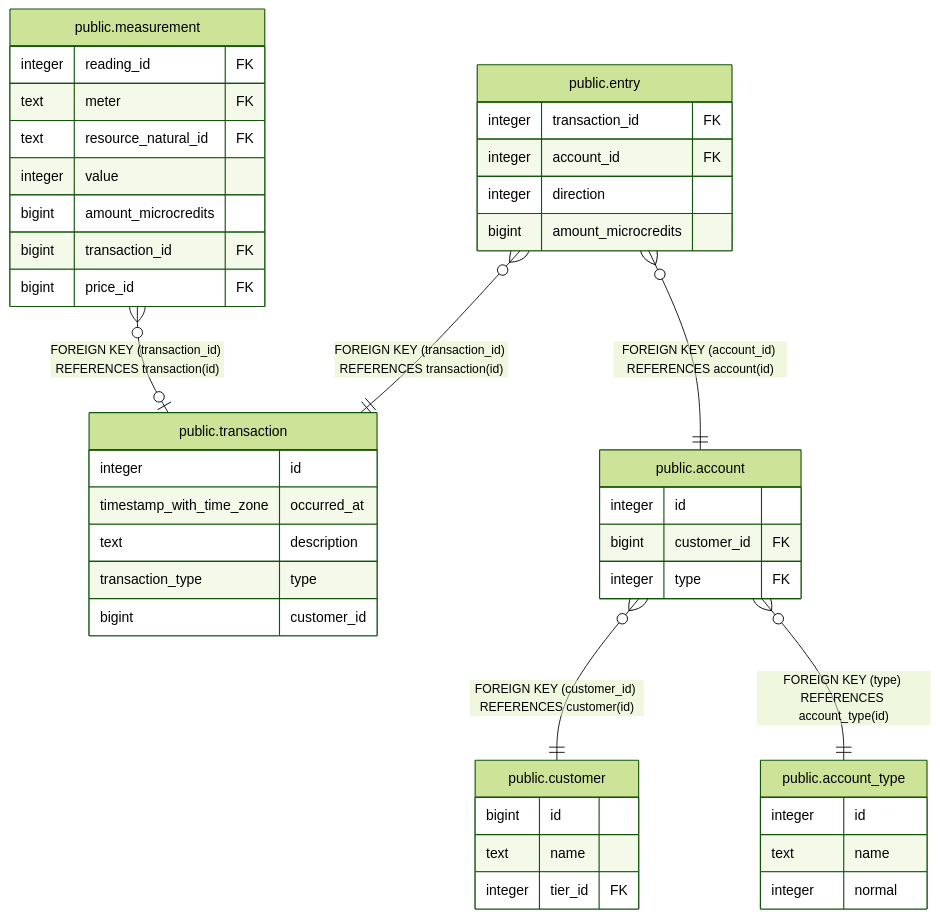
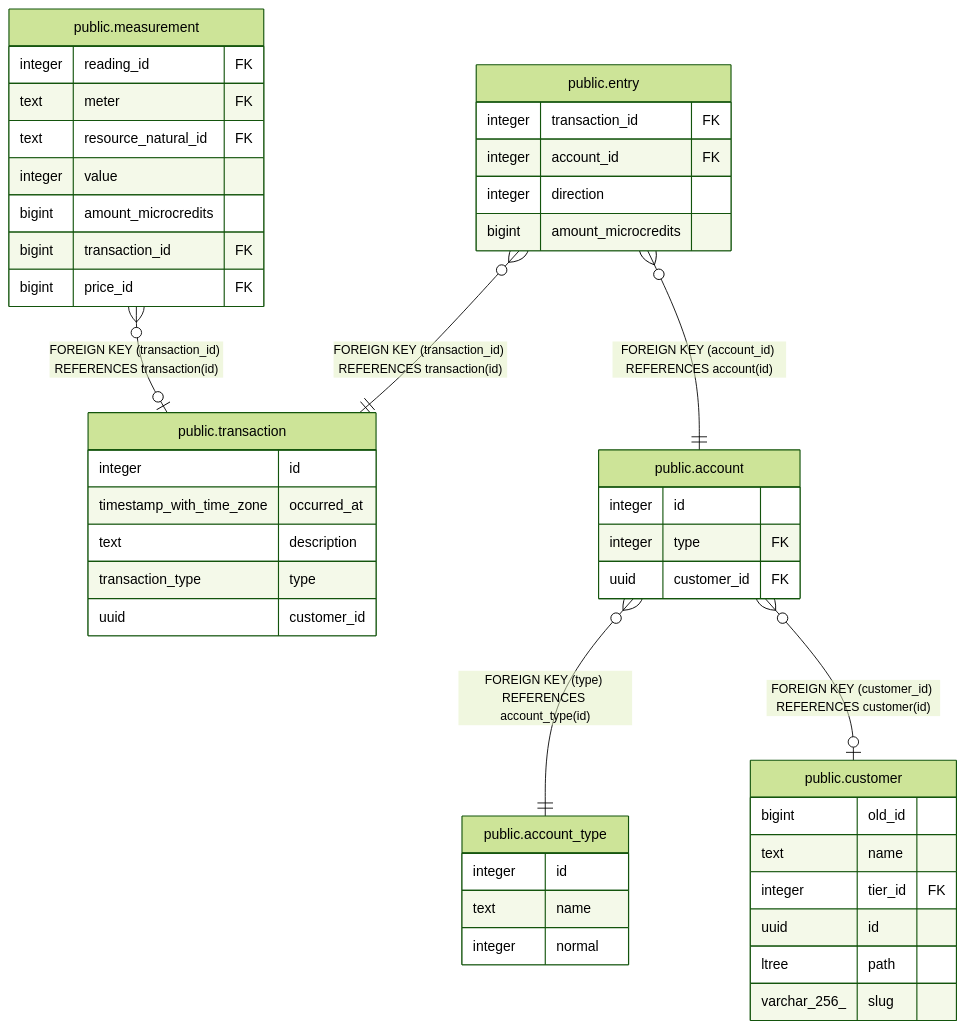
Before and after one commit to cloud-gov/billing: the diagram in docs/db-schema/public.entry.md, drawn with Mermaid (forest theme). The commit also changed 15 other files, not shown here.

````diff
--- a/docs/db-schema/public.entry.md
+++ b/docs/db-schema/public.entry.md
@@ -37,47 +37,50 @@
 ```mermaid
 erDiagram
 
 "public.entry" }o--|| "public.transaction" : "FOREIGN KEY (transaction_id) REFERENCES transaction(id)"
 "public.measurement" }o--o| "public.transaction" : "FOREIGN KEY (transaction_id) REFERENCES transaction(id)"
 "public.entry" }o--|| "public.account" : "FOREIGN KEY (account_id) REFERENCES account(id)"
-"public.account" }o--|| "public.customer" : "FOREIGN KEY (customer_id) REFERENCES customer(id)"
 "public.account" }o--|| "public.account_type" : "FOREIGN KEY (type) REFERENCES account_type(id)"
+"public.account" }o--o| "public.customer" : "FOREIGN KEY (customer_id) REFERENCES customer(id)"
 
 "public.entry" {
   integer transaction_id FK
   integer account_id FK
   integer direction
   bigint amount_microcredits
 }
 "public.transaction" {
   integer id
   timestamp_with_time_zone occurred_at
   text description
   transaction_type type
-  bigint customer_id
+  uuid customer_id
 }
 "public.measurement" {
   integer reading_id FK
   text meter FK
   text resource_natural_id FK
   integer value
   bigint amount_microcredits
   bigint transaction_id FK
   bigint price_id FK
 }
 "public.account" {
   integer id
-  bigint customer_id FK
   integer type FK
-}
-"public.customer" {
-  bigint id
-  text name
-  integer tier_id FK
+  uuid customer_id FK
 }
 "public.account_type" {
   integer id
   text name
   integer normal
 }
+"public.customer" {
+  bigint old_id
+  text name
+  integer tier_id FK
+  uuid id
+  ltree path
+  varchar_256_ slug
+}
 ```
````
